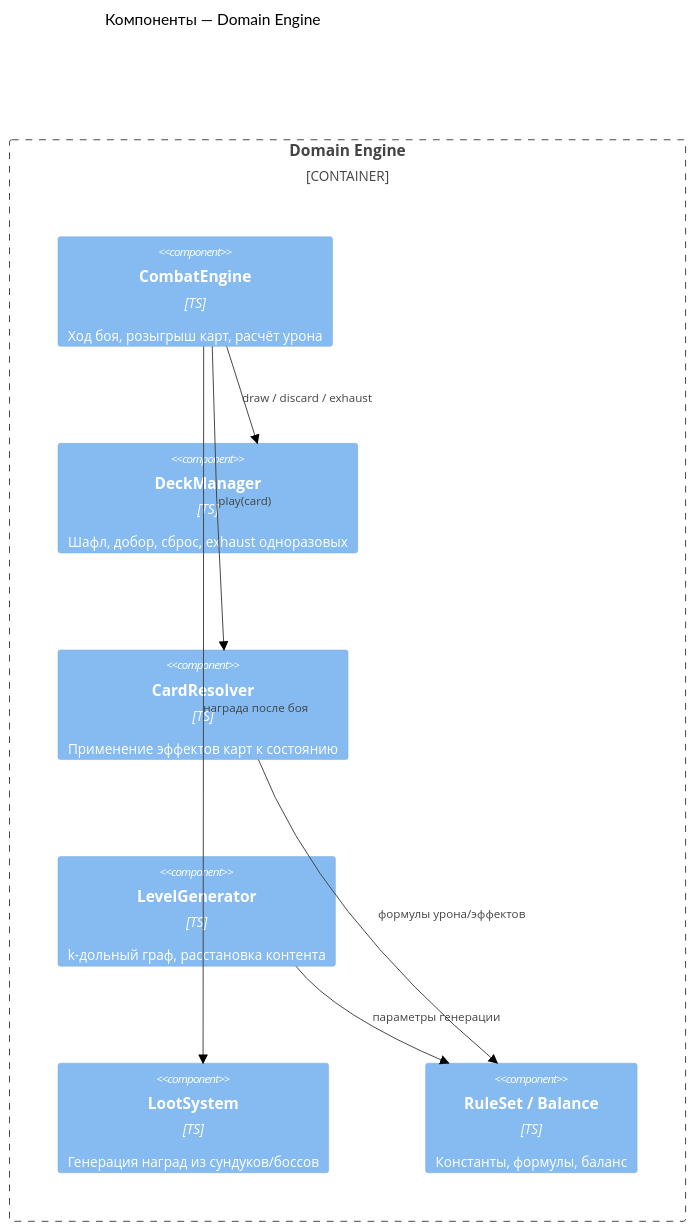
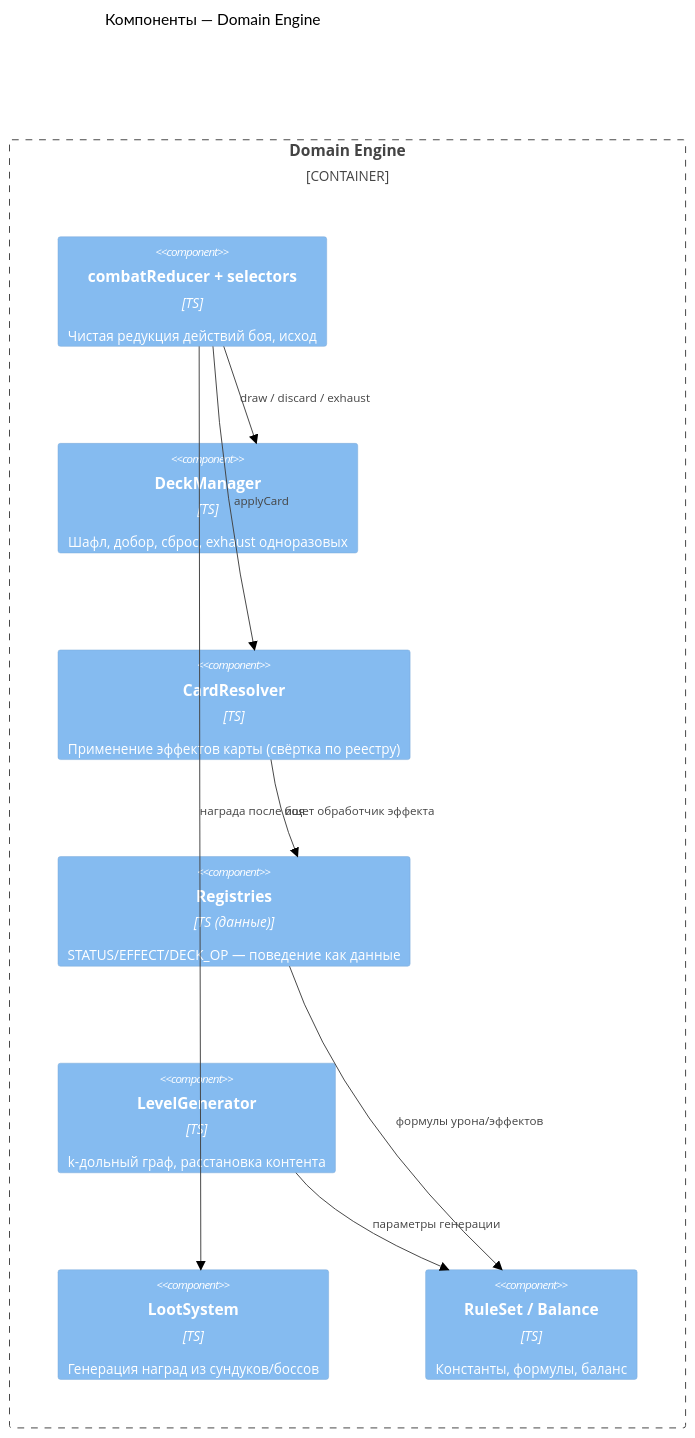
One commit to SPbZOVal/yar changed the third of 6 diagrams in docs/architecture/02-architecture.md. Above: the diagram before and after it, drawn with Mermaid (neutral theme). The commit also changed other lines of this file and 43 other files, not shown here.

First line of the commit message:
refactor(domain): functional, registry-driven domain architecture

````diff
--- a/docs/architecture/02-architecture.md
+++ b/docs/architecture/02-architecture.md
@@ -64,19 +64,21 @@
 ```mermaid
 C4Component
     title Компоненты — Domain Engine
 
     Container_Boundary(domain, "Domain Engine") {
-        Component(combat, "CombatEngine", "TS", "Ход боя, розыгрыш карт, расчёт урона")
+        Component(combat, "combatReducer + selectors", "TS", "Чистая редукция действий боя, исход")
         Component(deck, "DeckManager", "TS", "Шафл, добор, сброс, exhaust одноразовых")
-        Component(cardres, "CardResolver", "TS", "Применение эффектов карт к состоянию")
+        Component(cardres, "CardResolver", "TS", "Применение эффектов карты (свёртка по реестру)")
+        Component(reg, "Registries", "TS (данные)", "STATUS/EFFECT/DECK_OP — поведение как данные")
         Component(gen, "LevelGenerator", "TS", "k-дольный граф, расстановка контента")
         Component(loot, "LootSystem", "TS", "Генерация наград из сундуков/боссов")
         Component(rules, "RuleSet / Balance", "TS", "Константы, формулы, баланс")
     }
 
     Rel(combat, deck, "draw / discard / exhaust")
-    Rel(combat, cardres, "play(card)")
-    Rel(cardres, rules, "формулы урона/эффектов")
+    Rel(combat, cardres, "applyCard")
+    Rel(cardres, reg, "ищет обработчик эффекта")
+    Rel(reg, rules, "формулы урона/эффектов")
     Rel(gen, rules, "параметры генерации")
     Rel(combat, loot, "награда после боя")
 ```
````
